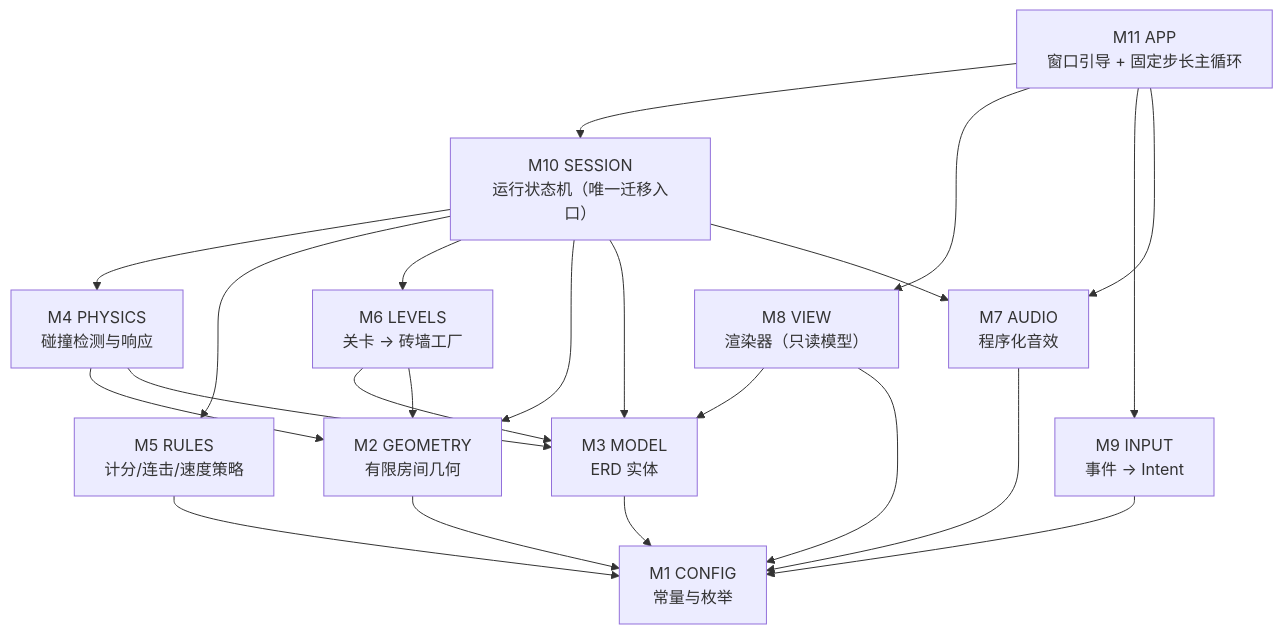
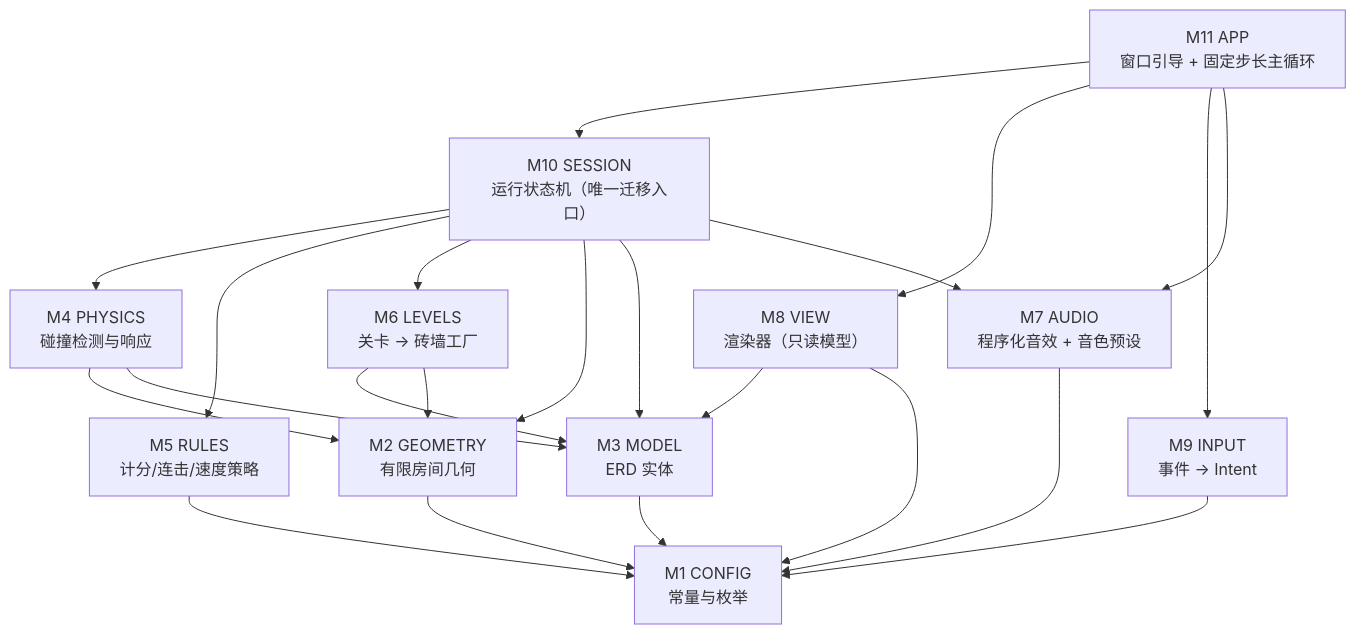
The sixth of 6 diagrams in bb_v1/docs/architecture.md (ssfkyx/Brick_Breaker), drawn with Mermaid before and after one commit. The commit also changed other lines of this file and 14 other files, not shown here.

````diff
--- a/bb_v1/docs/architecture.md
+++ b/bb_v1/docs/architecture.md
@@ -341,25 +343,25 @@
 ```mermaid
 graph TD
     M11["M11 APP<br/>窗口引导 + 固定步长主循环"] --> M10
     M11 --> M8
     M11 --> M9
     M11 --> M7
     M10["M10 SESSION<br/>运行状态机（唯一迁移入口）"] --> M4
     M10 --> M5
     M10 --> M6
     M10 --> M2
     M10 --> M3
     M10 --> M7
     M4["M4 PHYSICS<br/>碰撞检测与响应"] --> M2
     M4 --> M3
     M6["M6 LEVELS<br/>关卡 → 砖墙工厂"] --> M3
     M6 --> M2
     M5["M5 RULES<br/>计分/连击/速度策略"] --> M1
     M3["M3 MODEL<br/>ERD 实体"] --> M1
     M2["M2 GEOMETRY<br/>有限房间几何"] --> M1
     M8["M8 VIEW<br/>渲染器（只读模型）"] --> M3
     M8 --> M1
     M9["M9 INPUT<br/>事件 → Intent"] --> M1
-    M7["M7 AUDIO<br/>程序化音效"] --> M1
+    M7["M7 AUDIO<br/>程序化音效 + 音色预设"] --> M1
     M1["M1 CONFIG<br/>常量与枚举"]
 ```
````
